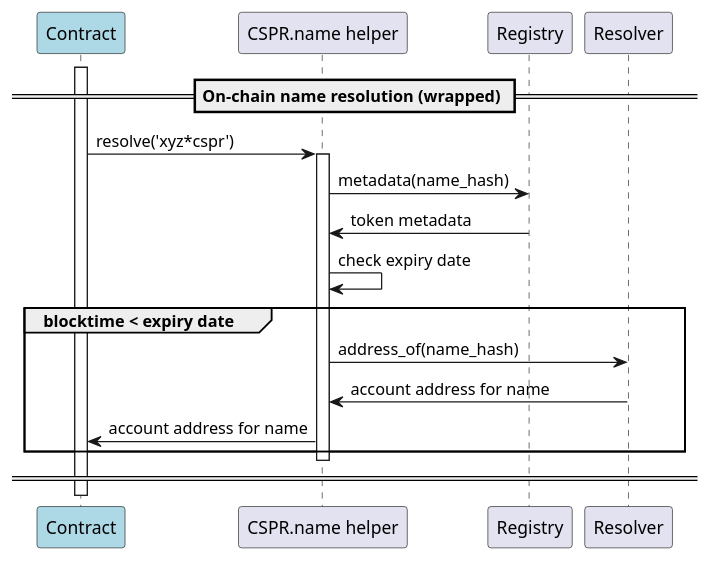
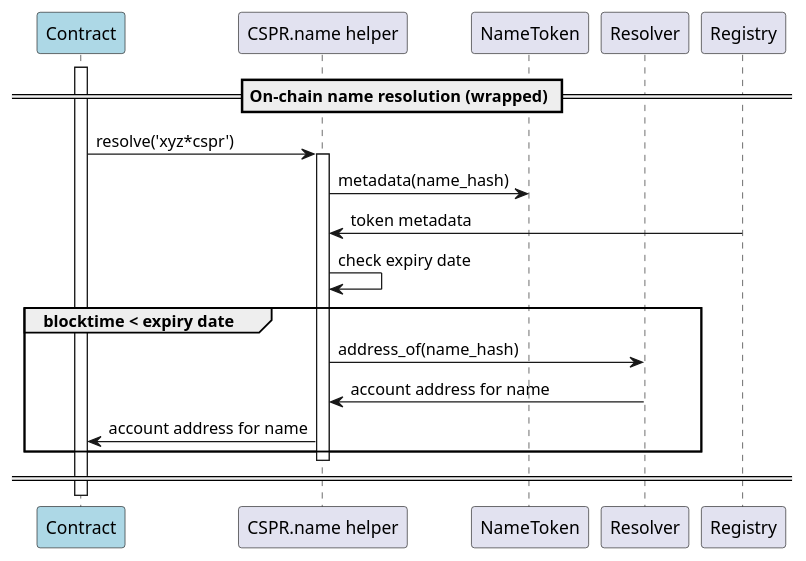
The diagram in docs/sequence-diagrams/puml/onchain-name-resolution-wrapped.puml (make-software/cspr-name-contracts), drawn with PlantUML before and after one commit. The commit also changed 14 other files, not shown here.

Commit message:
Renamed Registry contract with NameToken in the sequence diagrams. (part 2)

```diff
--- a/docs/sequence-diagrams/puml/onchain-name-resolution-wrapped.puml
+++ b/docs/sequence-diagrams/puml/onchain-name-resolution-wrapped.puml
@@ -1,31 +1,31 @@
 @startuml
 'https://plantuml.com/sequence-diagram
 
 'autonumber
 participant "Contract" #lightblue
 participant "CSPR.name helper"
-participant "Registry"
+participant "NameToken"
 participant "Resolver"
 
 == On-chain name resolution (wrapped) ==
 
 activate "Contract"
 Contract -> "CSPR.name helper": resolve('xyz*cspr')
 activate "CSPR.name helper"
-"CSPR.name helper" -> "Registry": metadata(name_hash)
+"CSPR.name helper" -> "NameToken": metadata(name_hash)
 "Registry" -> "CSPR.name helper": token metadata
 "CSPR.name helper" -> "CSPR.name helper": check expiry date
 
 group blocktime < expiry date
     "CSPR.name helper" -> Resolver: address_of(name_hash)
     Resolver -> "CSPR.name helper": account address for name
     "CSPR.name helper" -> Contract: account address for name
 end
 
 deactivate "CSPR.name helper"
 
 == ==
 
 deactivate Contract
 
 @enduml
```
